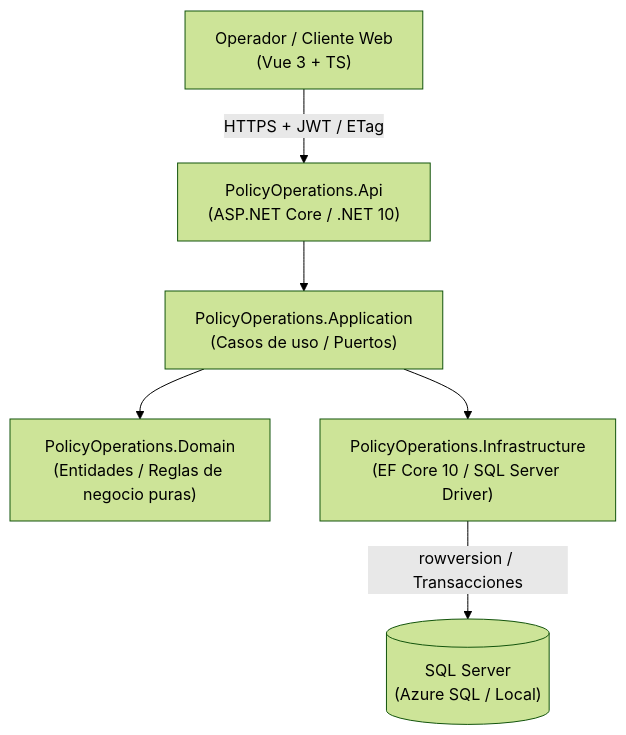
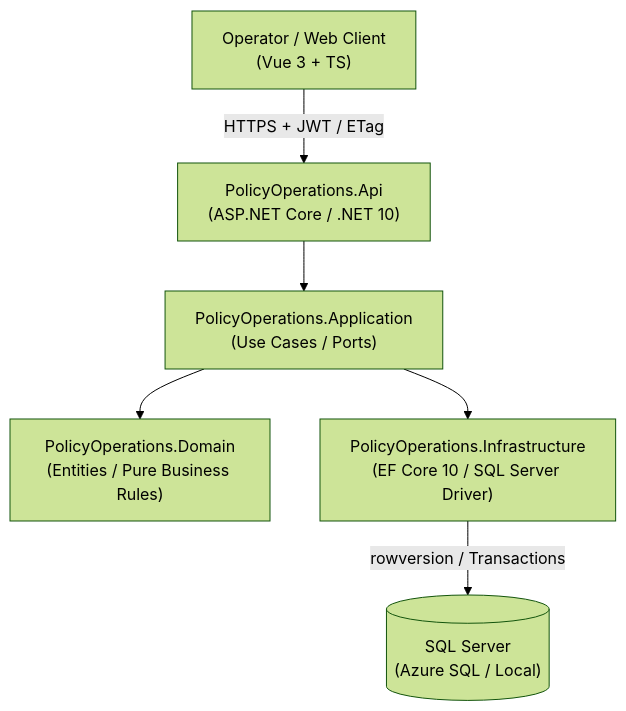
One commit to Nain9Dev/API-Gestion-Financiera changed the diagram in README.md. Above: the diagram before and after it, drawn with Mermaid (forest theme). The commit also changed other lines of this file and 3 other files, not shown here.

````diff
--- a/README.md
+++ b/README.md
@@ -64,15 +59,15 @@
 ```mermaid
 graph TD
-    User["Operador / Cliente Web<br/>(Vue 3 + TS)"]
+    User["Operator / Web Client<br/>(Vue 3 + TS)"]
     API["PolicyOperations.Api<br/>(ASP.NET Core / .NET 10)"]
-    AppLayer["PolicyOperations.Application<br/>(Casos de uso / Puertos)"]
-    DomainLayer["PolicyOperations.Domain<br/>(Entidades / Reglas de negocio puras)"]
+    AppLayer["PolicyOperations.Application<br/>(Use Cases / Ports)"]
+    DomainLayer["PolicyOperations.Domain<br/>(Entities / Pure Business Rules)"]
     InfraLayer["PolicyOperations.Infrastructure<br/>(EF Core 10 / SQL Server Driver)"]
     DB[("SQL Server<br/>(Azure SQL / Local)")]
 
     User -->|HTTPS + JWT / ETag| API
     API --> AppLayer
     AppLayer --> DomainLayer
     AppLayer --> InfraLayer
-    InfraLayer -->|rowversion / Transacciones| DB
+    InfraLayer -->|rowversion / Transactions| DB
 ```
````
